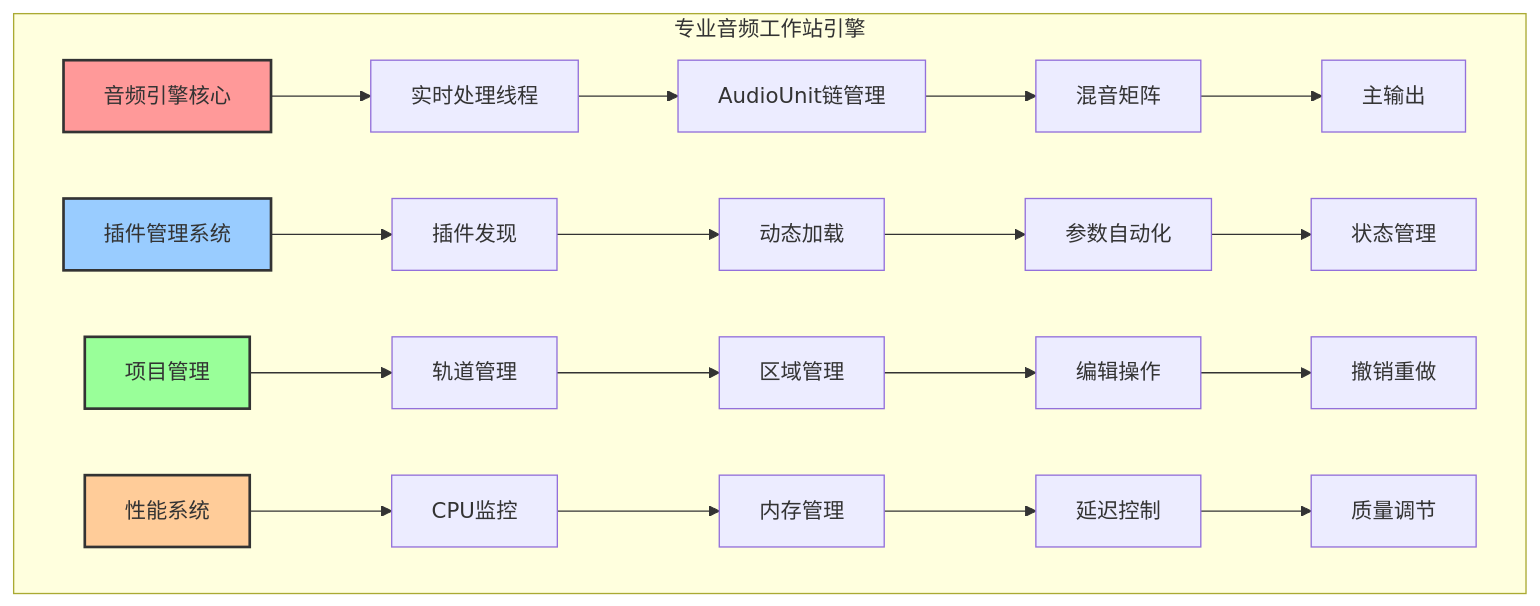
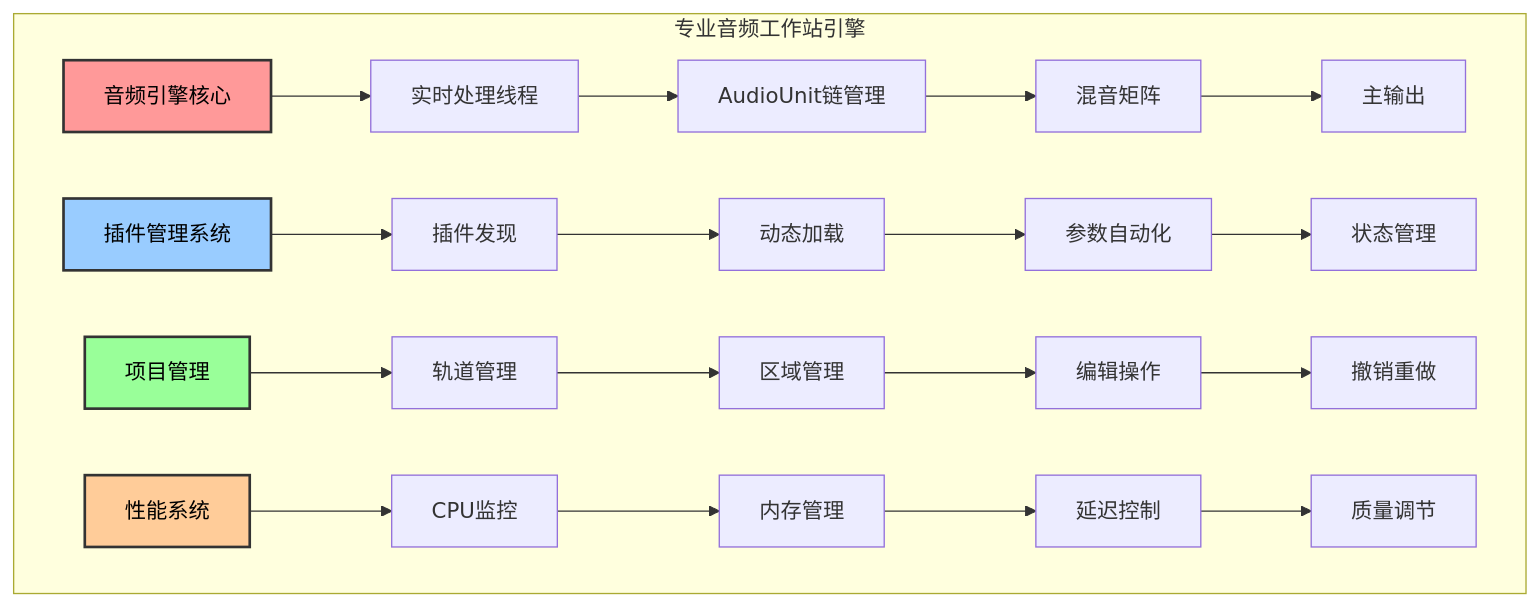
The fifth of 5 diagrams in ohmy408/datas.bundle/音频开发/1.9c AudioUnit.md (Dtheme/ohmy408), drawn with Mermaid before and after one commit. The commit also changed other lines of this file and 7 other files, not shown here.

````diff
--- a/ohmy408/datas.bundle/音频开发/1.9c AudioUnit.md
+++ b/ohmy408/datas.bundle/音频开发/1.9c AudioUnit.md
@@ -1289,29 +1289,29 @@
 ```mermaid
 graph TB
     subgraph "专业音频工作站引擎"
         A[音频引擎核心] --> A1[实时处理线程]
         A1 --> A2[AudioUnit链管理]
         A2 --> A3[混音矩阵]
         A3 --> A4[主输出]
         
         B[插件管理系统] --> B1[插件发现]
         B1 --> B2[动态加载]
         B2 --> B3[参数自动化]
         B3 --> B4[状态管理]
         
         C[项目管理] --> C1[轨道管理]
         C1 --> C2[区域管理]
         C2 --> C3[编辑操作]
         C3 --> C4[撤销重做]
         
         D[性能系统] --> D1[CPU监控]
         D1 --> D2[内存管理]
         D2 --> D3[延迟控制]
         D3 --> D4[质量调节]
     end
     
-    style A fill:#ff9999,stroke:#333,stroke-width:2px
-    style B fill:#99ccff,stroke:#333,stroke-width:2px
-    style C fill:#99ff99,stroke:#333,stroke-width:2px
-    style D fill:#ffcc99,stroke:#333,stroke-width:2px
+    style A fill:#ff9999,stroke:#333,stroke-width:2px,color:#000
+    style B fill:#99ccff,stroke:#333,stroke-width:2px,color:#000
+    style C fill:#99ff99,stroke:#333,stroke-width:2px,color:#000
+    style D fill:#ffcc99,stroke:#333,stroke-width:2px,color:#000
 ```
````
